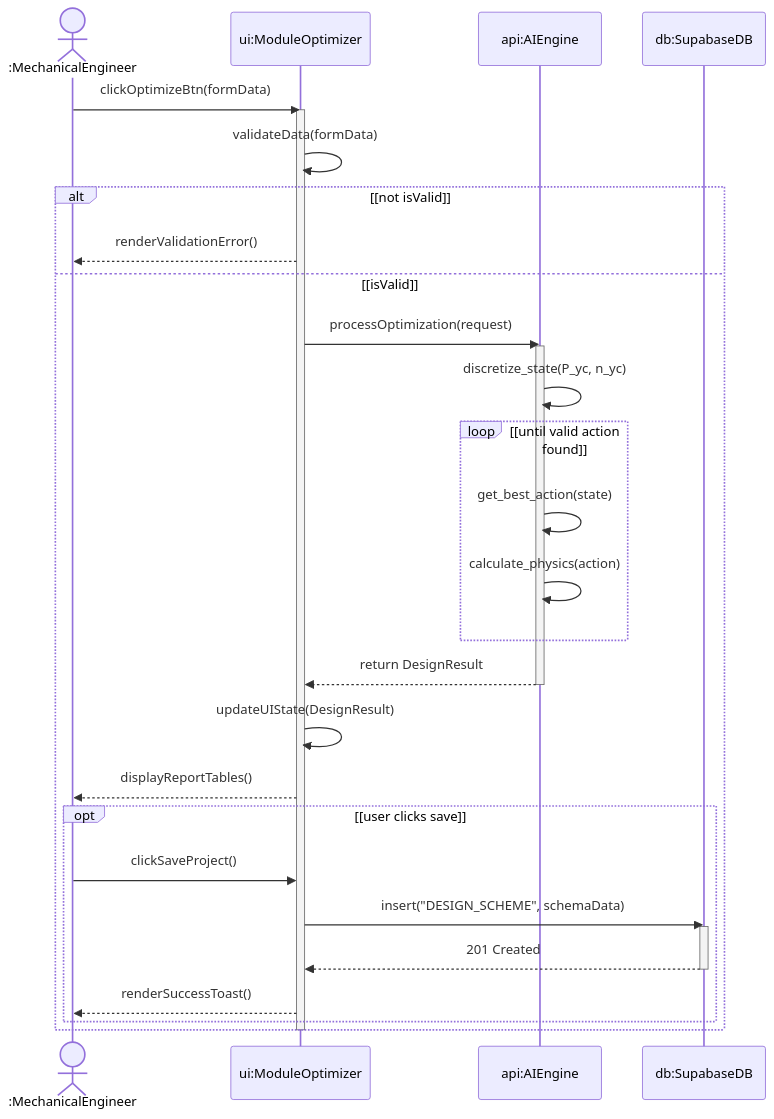
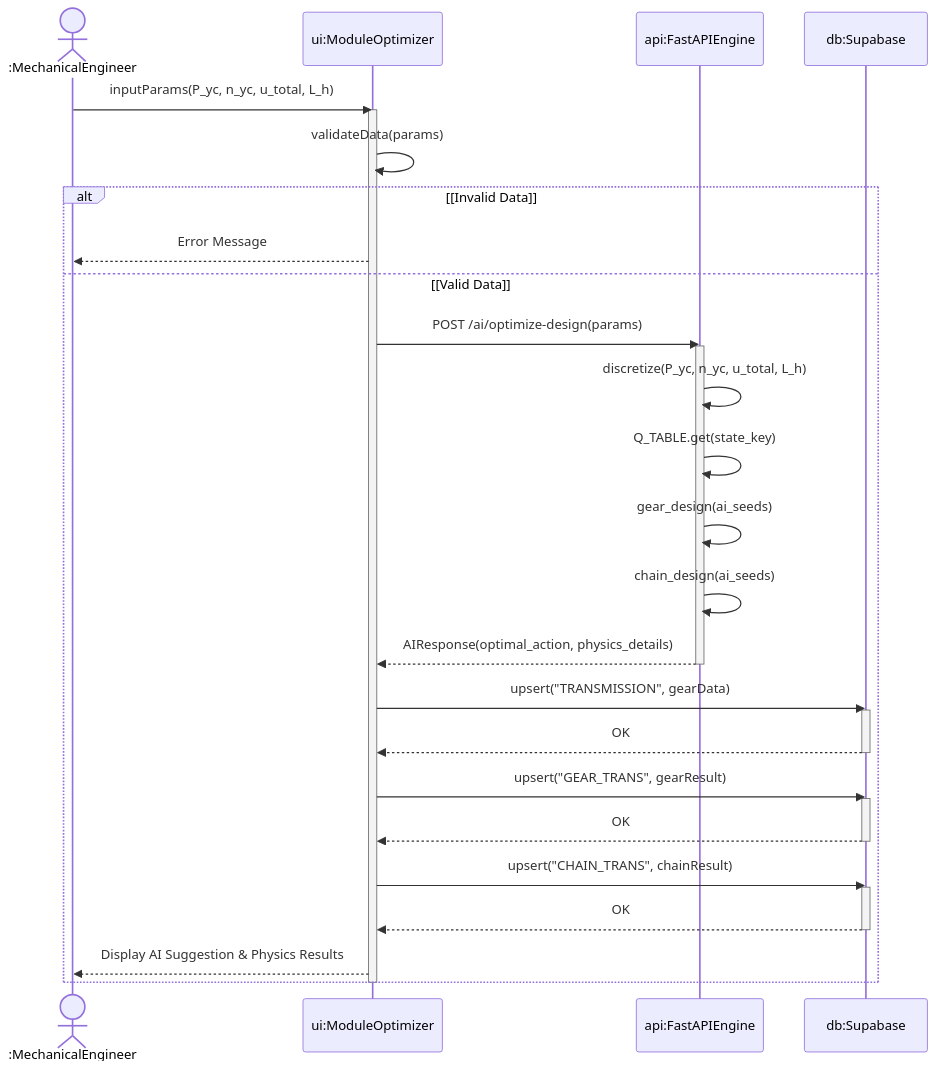
The first of 3 diagrams in docs/uml/4_Sequence_Diagrams.md (dvydinh/mechdrive), drawn with Mermaid before and after one commit. The commit also changed other lines of this file and 14 other files, not shown here.

````diff
--- a/docs/uml/4_Sequence_Diagrams.md
+++ b/docs/uml/4_Sequence_Diagrams.md
@@ -11,40 +7,44 @@
 ```mermaid
 sequenceDiagram
     actor Eng as :MechanicalEngineer
     participant UI as ui:ModuleOptimizer
-    participant API as api:AIEngine
-    participant DB as db:SupabaseDB
+    participant API as api:FastAPIEngine
+    participant DB as db:Supabase
 
-    Eng->>UI: clickOptimizeBtn(formData)
+    Eng->>UI: inputParams(P_yc, n_yc, u_total, L_h)
     activate UI
-    UI->>UI: validateData(formData)
+    UI->>UI: validateData(params)
     
-    alt [not isValid]
-        UI-->>Eng: renderValidationError()
-    else [isValid]
-        UI->>API: processOptimization(request)
+    alt [Invalid Data]
+        UI-->>Eng: Error Message
+    else [Valid Data]
+        UI->>API: POST /ai/optimize-design(params)
         activate API
-        API->>API: discretize_state(P_yc, n_yc)
         
-        loop [until valid action found]
-            API->>API: get_best_action(state)
-            API->>API: calculate_physics(action)
-        end
+        API->>API: discretize(P_yc, n_yc, u_total, L_h)
+        API->>API: Q_TABLE.get(state_key)
+        API->>API: gear_design(ai_seeds)
+        API->>API: chain_design(ai_seeds)
         
-        API-->>UI: return DesignResult
+        API-->>UI: AIResponse(optimal_action, physics_details)
         deactivate API
         
-        UI->>UI: updateUIState(DesignResult)
-        UI-->>Eng: displayReportTables()
+        UI->>DB: upsert("TRANSMISSION", gearData)
+        activate DB
+        DB-->>UI: OK
+        deactivate DB
         
-        opt [user clicks save]
-            Eng->>UI: clickSaveProject()
-            UI->>DB: insert("DESIGN_SCHEME", schemaData)
-            activate DB
-            DB-->>UI: 201 Created
-            deactivate DB
-            UI-->>Eng: renderSuccessToast()
-        end
+        UI->>DB: upsert("GEAR_TRANS", gearResult)
+        activate DB
+        DB-->>UI: OK
+        deactivate DB
+        
+        UI->>DB: upsert("CHAIN_TRANS", chainResult)
+        activate DB
+        DB-->>UI: OK
+        deactivate DB
+        
+        UI-->>Eng: Display AI Suggestion & Physics Results
     end
     deactivate UI
 ```
````
